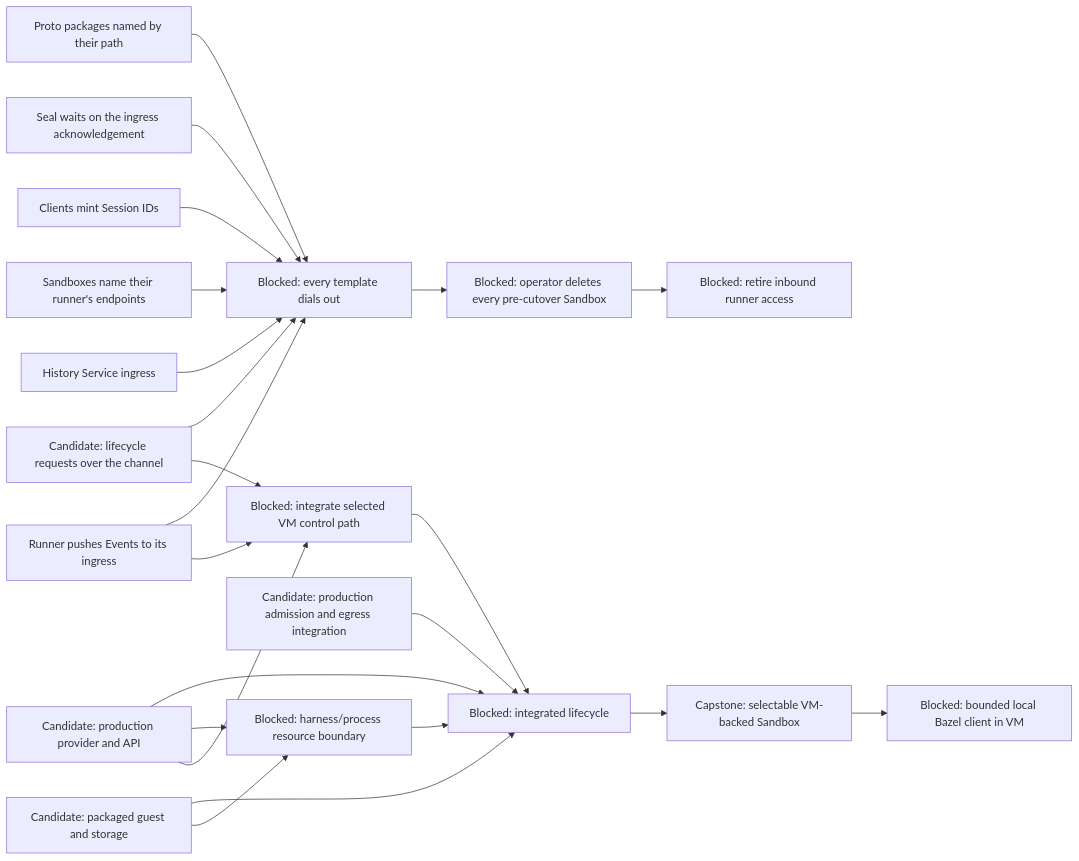
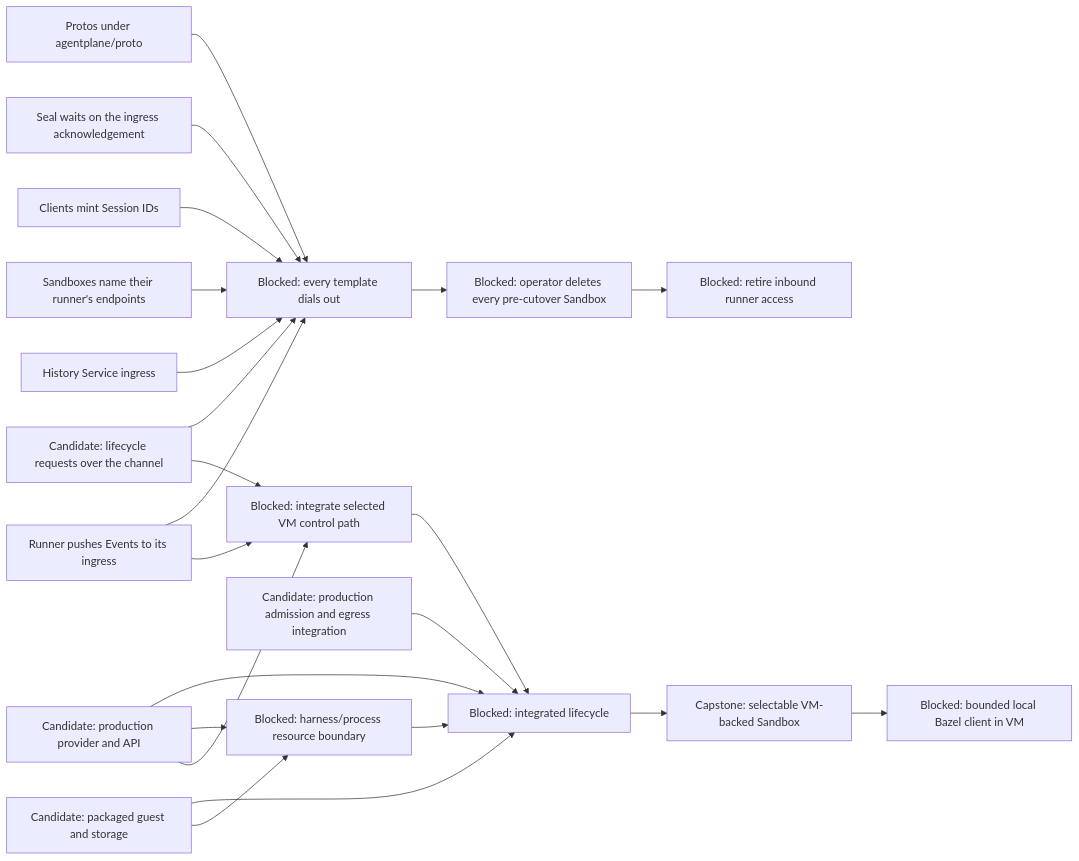
One commit to agentydragon/ducktape changed the sixth of 12 diagrams in agentplane/plans/task_dag.md. Above: the diagram before and after it, drawn with Mermaid. The commit also changed other lines of this file and 6 other files, not shown here.

First line of the commit message:
agentplane: start agentplane/proto with runner_ingress.proto, package agentplane.proto.runner_ingress

````diff
--- a/agentplane/plans/task_dag.md
+++ b/agentplane/plans/task_dag.md
@@ -325,32 +325,32 @@
 ```mermaid
 flowchart LR
     RUNNER_OUTBOUND_LIFECYCLE[Candidate: lifecycle requests over the channel]
     RUNNER_OUTBOUND_ROLLOUT[Blocked: every template dials out]
     VM_CONTROL_NETWORKING[Blocked: integrate selected VM control path]
     VM_IMAGE[Candidate: packaged guest and storage]
     VM_PROVIDER[Candidate: production provider and API]
     VM_EGRESS[Candidate: production admission and egress integration]
     VM_PROCESS_ISOLATION[Blocked: harness/process resource boundary]
     VM_LIFECYCLE[Blocked: integrated lifecycle]
     RUNNER_OUTBOUND_LIFECYCLE --> VM_CONTROL_NETWORKING
     RUNNER_INGRESS_PUSH[Runner pushes Events to its ingress] --> VM_CONTROL_NETWORKING
     RUNNER_INGRESS_PUSH --> RUNNER_OUTBOUND_ROLLOUT
     HISTORY_INGRESS[History Service ingress] --> RUNNER_OUTBOUND_ROLLOUT
     SANDBOX_RUNNER_ENDPOINTS[Sandboxes name their runner's endpoints] --> RUNNER_OUTBOUND_ROLLOUT
     CLIENT_SESSION_IDS[Clients mint Session IDs] --> RUNNER_OUTBOUND_ROLLOUT
     SEAL_ON_INGRESS_ACK[Seal waits on the ingress acknowledgement] --> RUNNER_OUTBOUND_ROLLOUT
     RUNNER_OUTBOUND_LIFECYCLE --> RUNNER_OUTBOUND_ROLLOUT
-    PROTO_PACKAGE_NAMES[Proto packages named by their path] --> RUNNER_OUTBOUND_ROLLOUT
+    PROTO_DIRECTORY[Protos under agentplane/proto] --> RUNNER_OUTBOUND_ROLLOUT
     RUNNER_OUTBOUND_ROLLOUT --> LEGACY_SANDBOX_RETIRE[Blocked: operator deletes every pre-cutover Sandbox]
     LEGACY_SANDBOX_RETIRE --> RUNNER_INBOUND_RETIRE[Blocked: retire inbound runner access]
     VM_PROVIDER --> VM_CONTROL_NETWORKING
     VM_CONTROL_NETWORKING --> VM_LIFECYCLE
     VM_IMAGE --> VM_PROCESS_ISOLATION
     VM_PROVIDER --> VM_PROCESS_ISOLATION
     VM_IMAGE --> VM_LIFECYCLE
     VM_PROVIDER --> VM_LIFECYCLE
     VM_EGRESS --> VM_LIFECYCLE
     VM_PROCESS_ISOLATION --> VM_LIFECYCLE
     VM_LIFECYCLE --> SANDBOX_VM_ISOLATION[Capstone: selectable VM-backed Sandbox]
     SANDBOX_VM_ISOLATION --> LOCAL_BAZEL[Blocked: bounded local Bazel client in VM]
 ```
````
